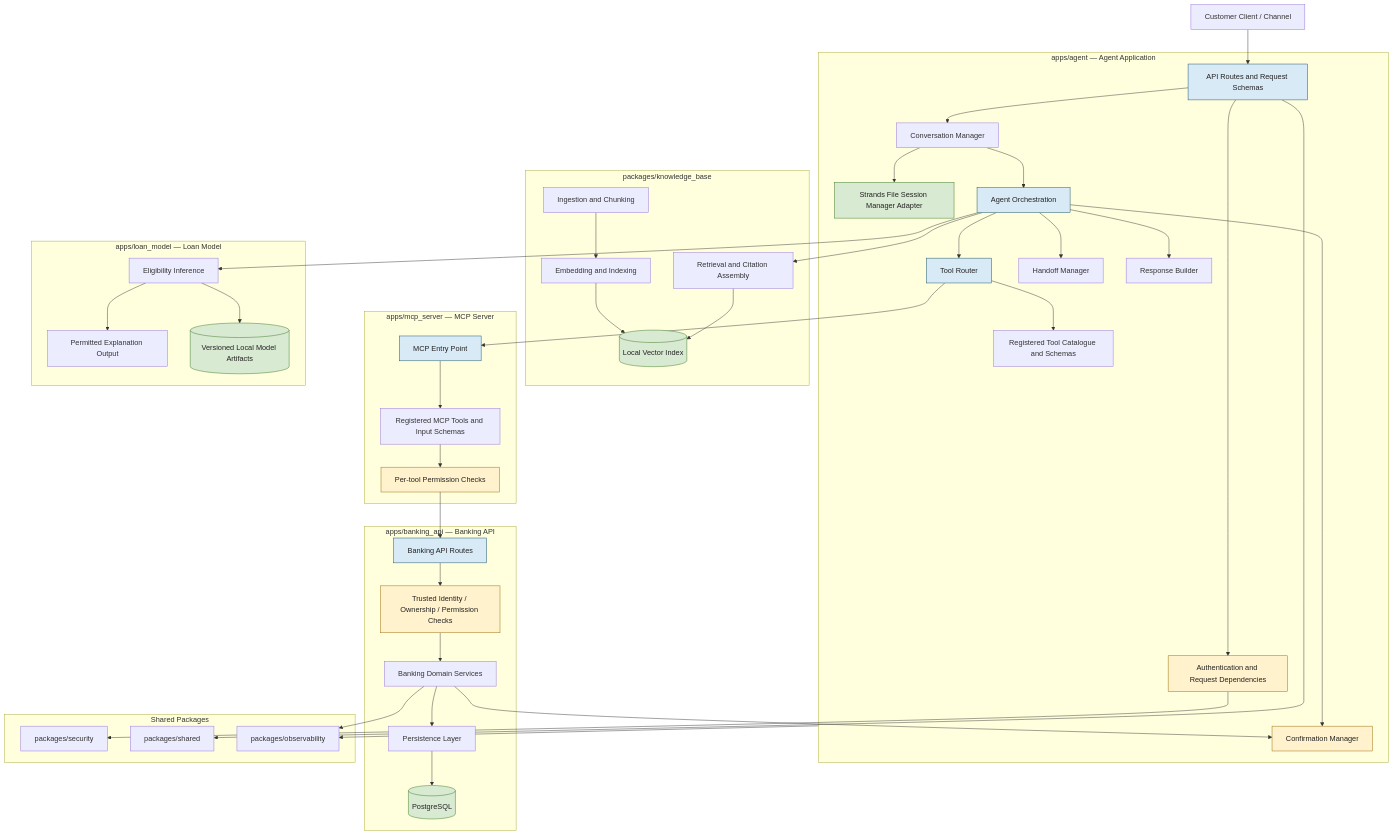
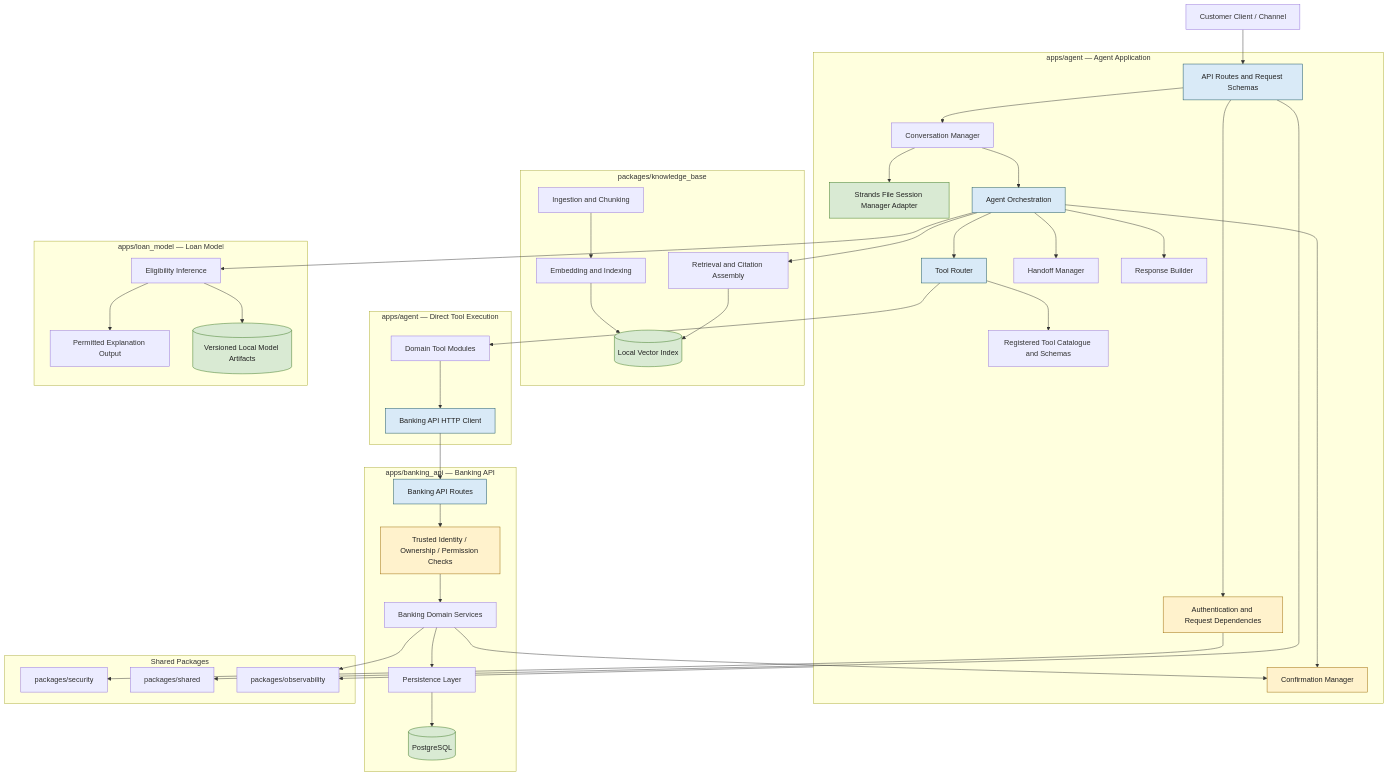
One commit to odb44/rubies-mfb-agent changed the diagram in docs/architecture/diagrams/component-diagram.mmd. Above: the diagram before and after it, drawn with Mermaid. The commit also changed other lines of this file and 226 other files, not shown here.

````diff
--- a/docs/architecture/diagrams/component-diagram.mmd
+++ b/docs/architecture/diagrams/component-diagram.mmd
@@ -54,11 +54,10 @@
         BankingRoutes --> Identity --> Domain --> Persistence --> PG
     end
 
-    subgraph MCPApp["apps/mcp_server — MCP Server"]
-        MCPEntry[MCP Entry Point]
-        MCPRegistry[Registered MCP Tools and Input Schemas]
-        MCPAuth[Per-tool Permission Checks]
-        MCPEntry --> MCPRegistry --> MCPAuth
+    subgraph AgentTools["apps/agent — Direct Tool Execution"]
+        ToolModules[Domain Tool Modules]
+        BankingClient[Banking API HTTP Client]
+        ToolModules --> BankingClient
     end
 
     subgraph LoanApp["apps/loan_model — Loan Model"]
@@ -79,8 +78,8 @@
     Deps --> Security
     API --> SharedSchemas
     Orchestrator --> Retrieve
-    ToolRouter --> MCPEntry
-    MCPAuth --> BankingRoutes
+    ToolRouter --> ToolModules
+    BankingClient --> BankingRoutes
     Domain --> ConfirmManager
     Domain --> Observability
     Orchestrator --> Inference
@@ -89,7 +88,7 @@
     classDef boundary fill:#d9eaf7,stroke:#134f5c,color:#222;
     classDef persistence fill:#d9ead3,stroke:#38761d,color:#222;
     classDef security fill:#fff2cc,stroke:#9a6700,color:#222;
-    class API,Orchestrator,ToolRouter,MCPEntry,BankingRoutes boundary;
+    class API,Orchestrator,ToolRouter,BankingClient,BankingRoutes boundary;
     class PG,Index,Artifacts,SessionAdapter persistence;
-    class Deps,Identity,MCPAuth,ConfirmManager security;
+    class Deps,Identity,ConfirmManager,InputValidation security;
 ```
````
